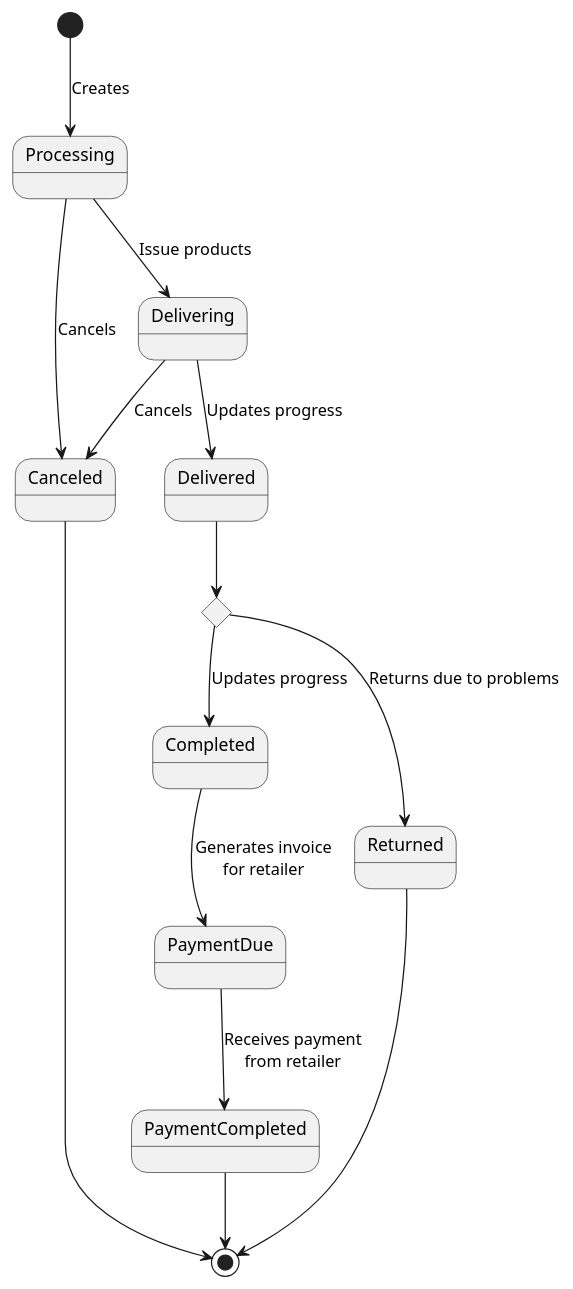
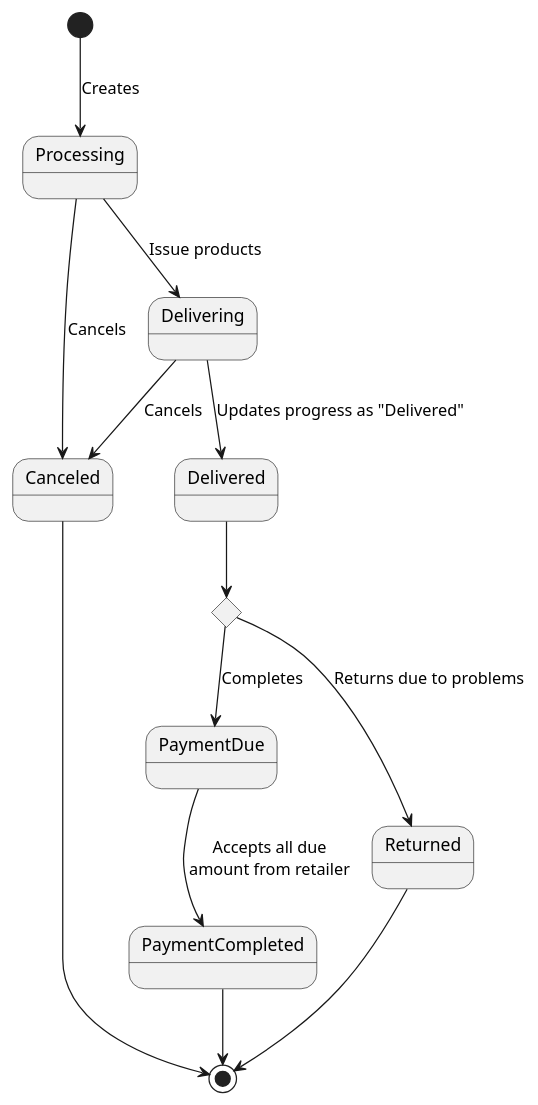
Before and after one commit to phihungha/scmss-reqs: the diagram in states/sales-order.plantuml, drawn with PlantUML. The commit also changed 13 other files, not shown here.

Commit message:
Minor BRD diagram fixes

```diff
--- a/states/sales-order.plantuml
+++ b/states/sales-order.plantuml
@@ -1,20 +1,19 @@
 @startuml sales-order
 
 [*] --> Processing : Creates
 Processing --> Canceled : Cancels
 Processing --> Delivering : Issue products
-Delivering --> Delivered : Updates progress
+Delivering --> Delivered : Updates progress as "Delivered"
 Delivering --> Canceled : Cancels
 
 state check <<choice>>
 Delivered --> check
-check --> Completed : Updates progress
+check --> PaymentDue : Completes
 check --> Returned : Returns due to problems
 Returned --> [*]
 
-Completed --> PaymentDue : Generates invoice\nfor retailer
-PaymentDue --> PaymentCompleted : Receives payment\nfrom retailer
+PaymentDue --> PaymentCompleted : Accepts all due\namount from retailer
 PaymentCompleted --> [*]
 
 Canceled --> [*]
 @enduml
```
